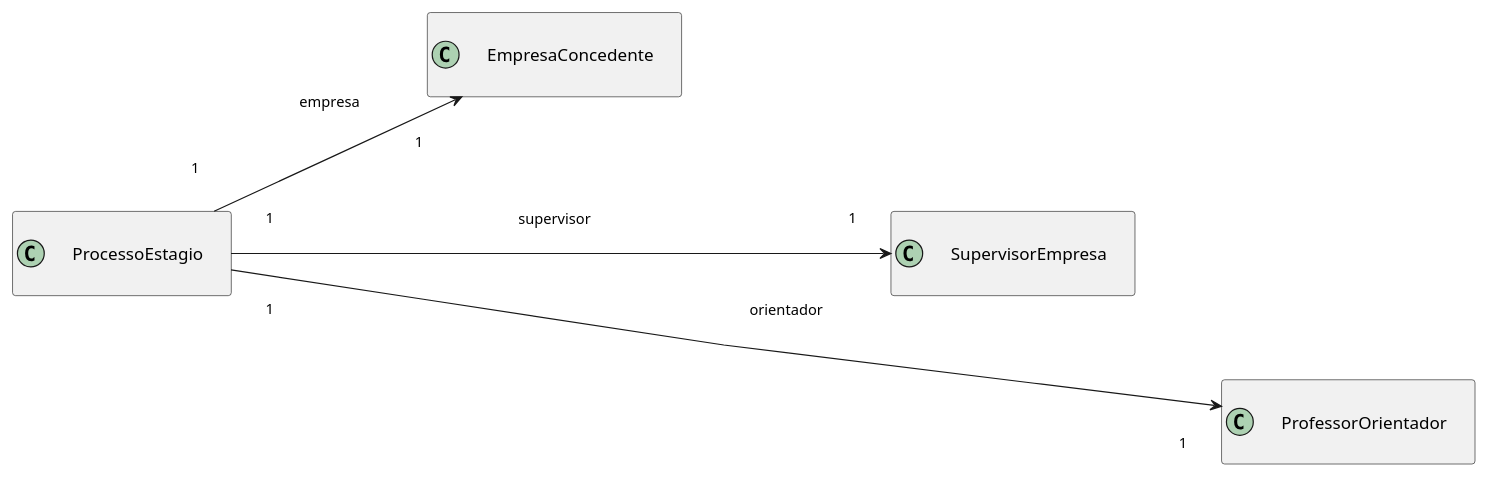
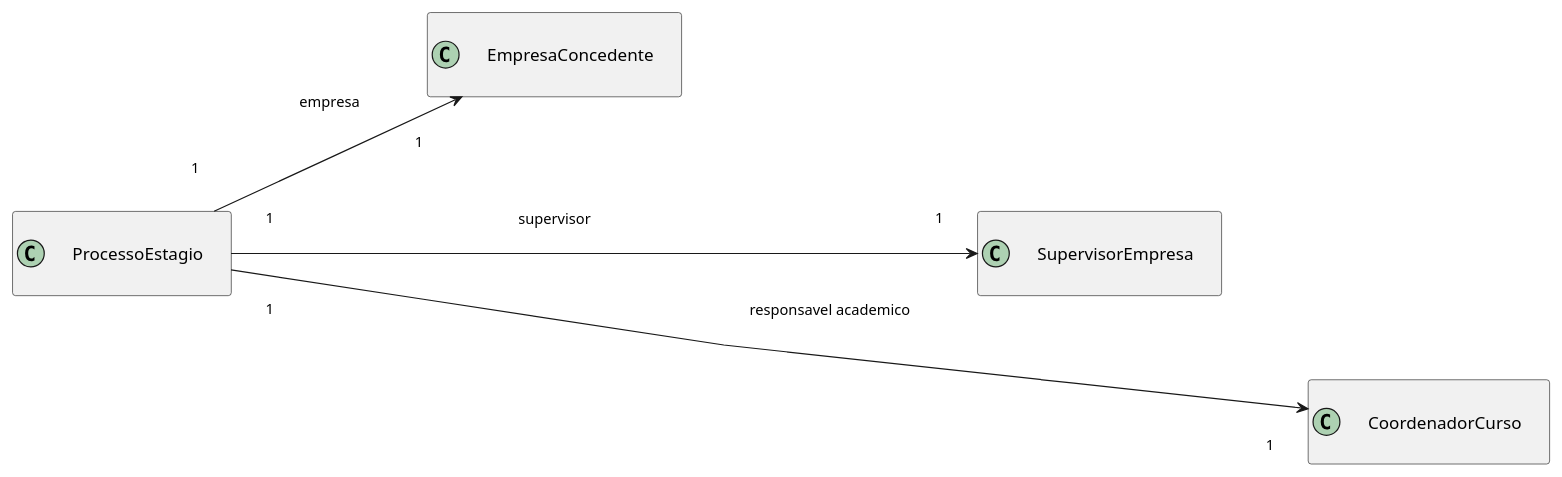
Before and after one commit to Projetos-de-Extensao/PBE_26.1_8002_I: the fourth of 11 diagrams in docs/Elaboracao/diagrma_de_classes.md, drawn with PlantUML. The commit also changed other lines of this file, not shown here.

Commit message:
docs: ajusta diagrama de classes para coordenador do curso

````diff
--- a/docs/Elaboracao/diagrma_de_classes.md
+++ b/docs/Elaboracao/diagrma_de_classes.md
@@ -134,24 +135,24 @@
 ```puml
 @startuml
 left to right direction
 hide empty members
 skinparam classAttributeIconSize 0
 skinparam linetype polyline
 skinparam nodesep 70
 skinparam ranksep 70
 skinparam Padding 20
 skinparam ArrowFontSize 12
 
 class ProcessoEstagio
 class EmpresaConcedente
 class SupervisorEmpresa
-class ProfessorOrientador
+class CoordenadorCurso
 
 ProcessoEstagio "1" --> "1" EmpresaConcedente : empresa
 ProcessoEstagio "1" --> "1" SupervisorEmpresa : supervisor
-ProcessoEstagio "1" --> "1" ProfessorOrientador : orientador
+ProcessoEstagio "1" --> "1" CoordenadorCurso : responsavel academico
 
 EmpresaConcedente -[hidden]down- SupervisorEmpresa
-SupervisorEmpresa -[hidden]down- ProfessorOrientador
+SupervisorEmpresa -[hidden]down- CoordenadorCurso
 @enduml
 ```
````
